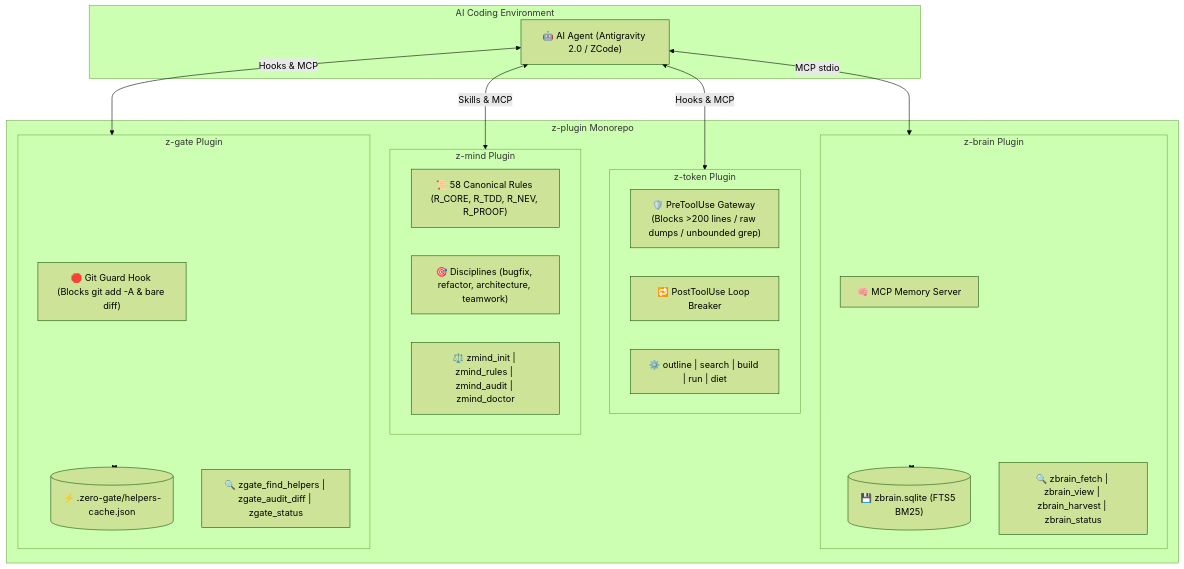
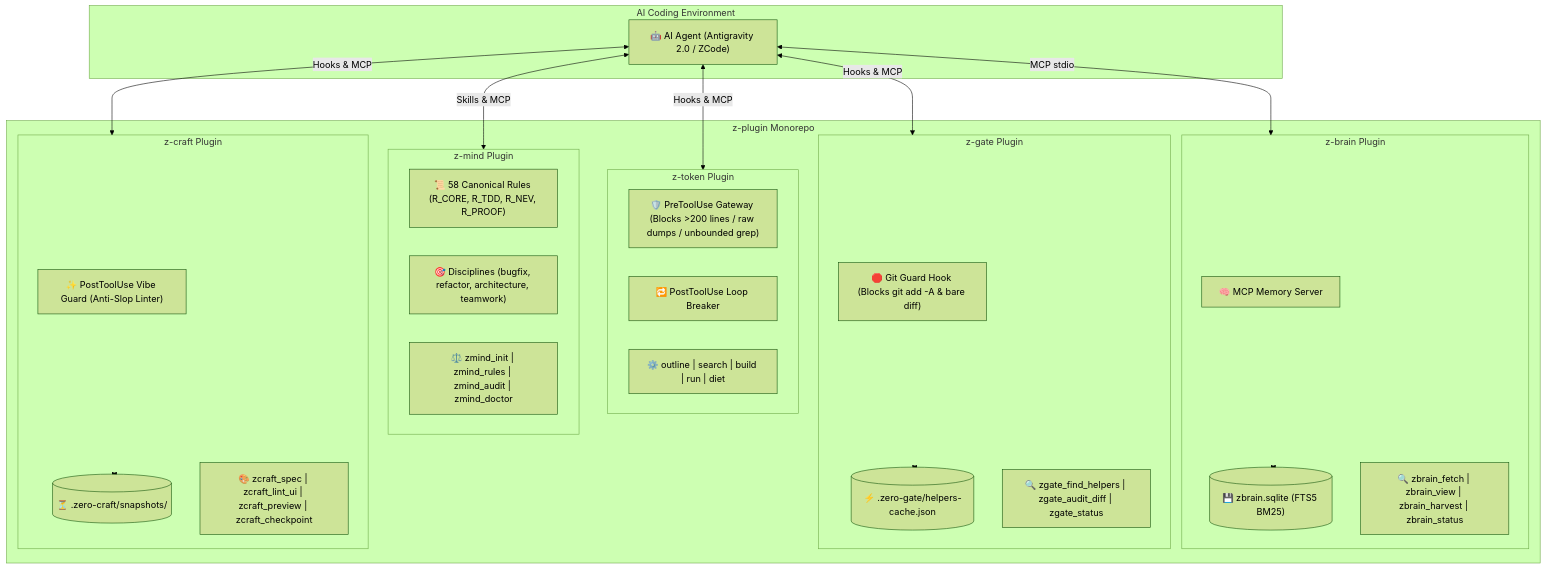
One commit to kzxl/z-plugin changed the diagram in README.md. Above: the diagram before and after it, drawn with Mermaid (forest theme). The commit also changed other lines of this file and 18 other files, not shown here.

Commit message:
feat(craft): implement z-craft autonomous software craftsmanship & vibe engine

````diff
--- a/README.md
+++ b/README.md
@@ -61,39 +65,47 @@
 ```mermaid
 flowchart TD
     subgraph IDE ["AI Coding Environment"]
         Agent["🤖 AI Agent (Antigravity 2.0 / ZCode)"]
     end
 
     subgraph ZPluginSuite ["z-plugin Monorepo"]
         subgraph ZToken ["z-token Plugin"]
             Guard["🛡️ PreToolUse Gateway (Blocks >200 lines / raw dumps / unbounded grep)"]
             Loop["🔁 PostToolUse Loop Breaker"]
             ToolsToken["⚙️ outline | search | build | run | diet"]
         end
 
         subgraph ZBrain ["z-brain Plugin"]
             MCPBrain["🧠 MCP Memory Server"]
             SQLite[("💾 zbrain.sqlite (FTS5 BM25)")]
             ToolsBrain["🔍 zbrain_fetch | zbrain_view | zbrain_harvest | zbrain_status"]
         end
 
         subgraph ZMind ["z-mind Plugin"]
             Rules["📜 58 Canonical Rules (R_CORE, R_TDD, R_NEV, R_PROOF)"]
             Skills["🎯 Disciplines (bugfix, refactor, architecture, teamwork)"]
             ToolsMind["⚖️ zmind_init | zmind_rules | zmind_audit | zmind_doctor"]
         end
 
         subgraph ZGate ["z-gate Plugin"]
             GitGuard["🛑 Git Guard Hook (Blocks git add -A & bare diff)"]
             Cache[("⚡ .zero-gate/helpers-cache.json")]
             ToolsGate["🔍 zgate_find_helpers | zgate_audit_diff | zgate_status"]
         end
+
+        subgraph ZCraft ["z-craft Plugin"]
+            VibeGuard["✨ PostToolUse Vibe Guard (Anti-Slop Linter)"]
+            TimeMachine[("⏳ .zero-craft/snapshots/")]
+            ToolsCraft["🎨 zcraft_spec | zcraft_lint_ui | zcraft_preview | zcraft_checkpoint"]
+        end
     end
 
     Agent <-->|"Hooks & MCP"| ZToken
     Agent <-->|"MCP stdio"| ZBrain
     Agent <-->|"Skills & MCP"| ZMind
     Agent <-->|"Hooks & MCP"| ZGate
+    Agent <-->|"Hooks & MCP"| ZCraft
     ZBrain <--> SQLite
     ZGate <--> Cache
+    ZCraft <--> TimeMachine
 ```
````
